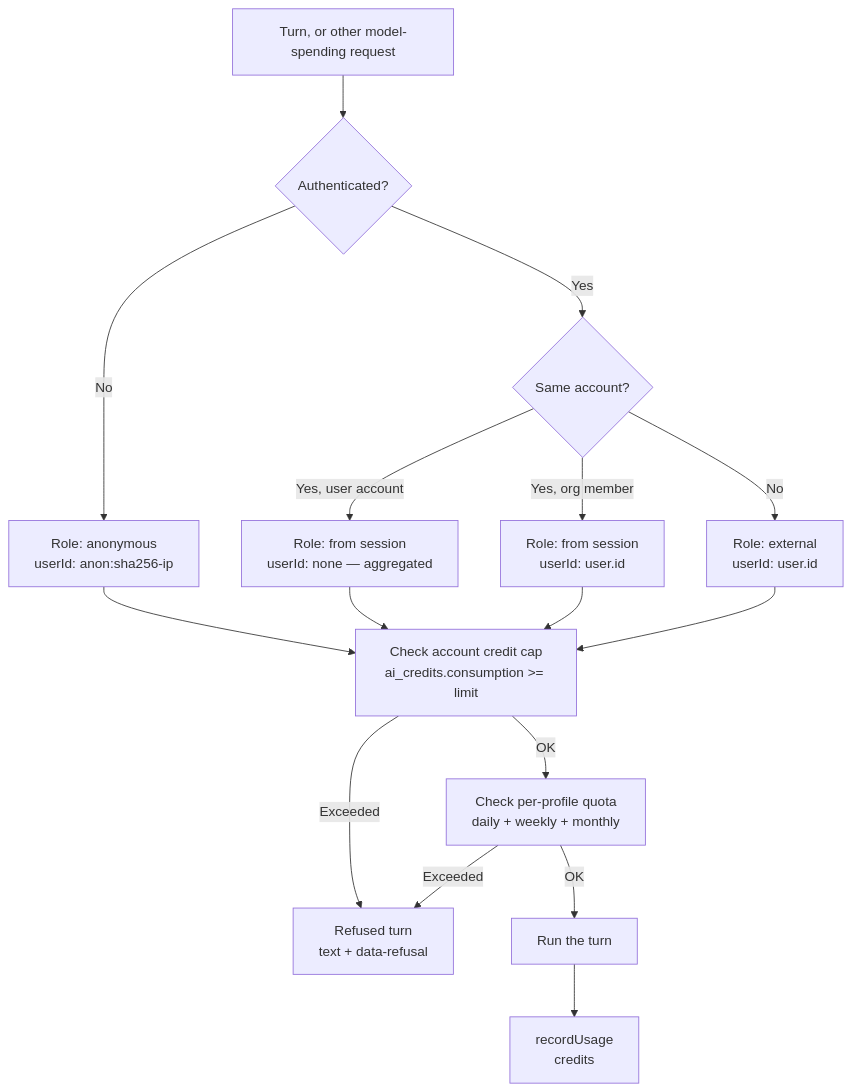
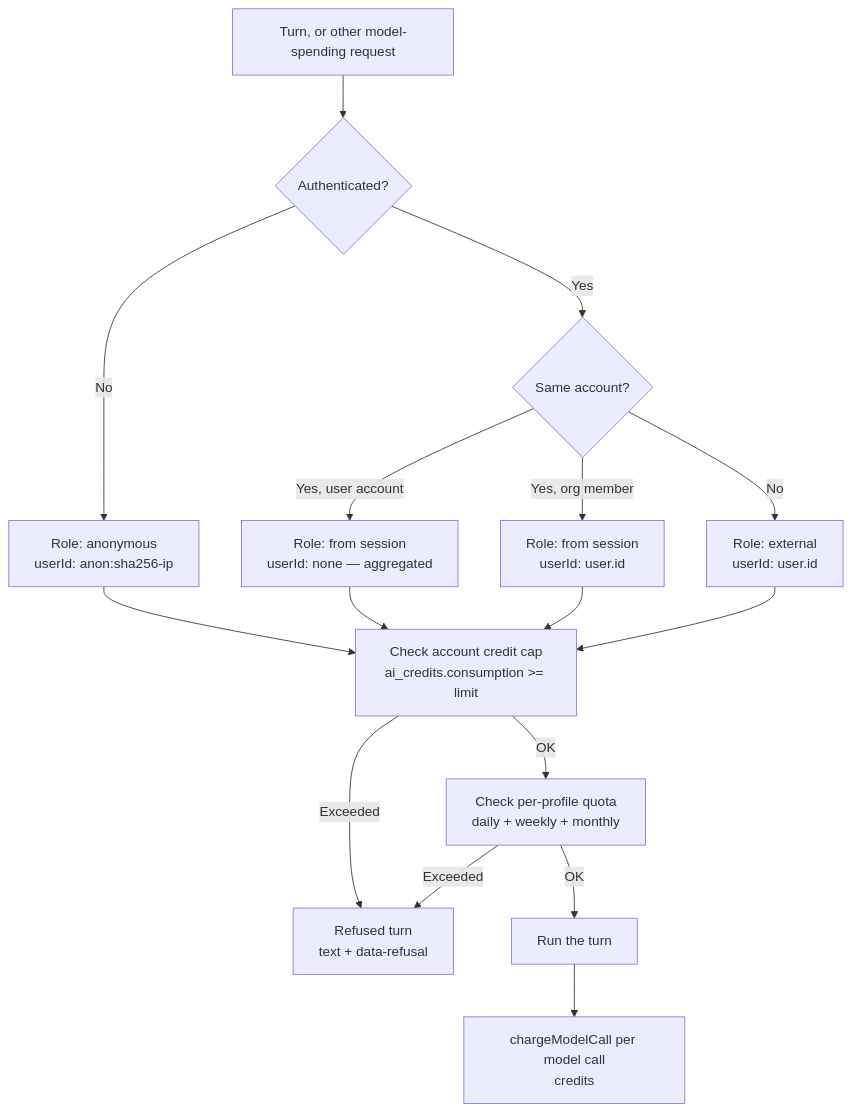
The diagram in docs/architecture/quotas-usage.md (data-fair/agents), drawn with Mermaid before and after one commit. The commit also changed other lines of this file and 6 other files, not shown here.

````diff
--- a/docs/architecture/quotas-usage.md
+++ b/docs/architecture/quotas-usage.md
@@ -5,24 +5,24 @@
 ```mermaid
 flowchart TD
   Req[Turn, or other model-spending request] --> Auth{Authenticated?}
 
   Auth -->|No| Anon[Role: anonymous<br/>userId: anon:sha256-ip]
   Auth -->|Yes| Same{Same account?}
 
   Same -->|Yes, user account| UserOwner[Role: from session<br/>userId: none — aggregated]
   Same -->|Yes, org member| OrgMember[Role: from session<br/>userId: user.id]
   Same -->|No| External[Role: external<br/>userId: user.id]
 
   Anon --> CC[Check account credit cap<br/>ai_credits.consumption >= limit]
   UserOwner --> CC
   OrgMember --> CC
   External --> CC
 
   CC -->|OK| RQ[Check per-profile quota<br/>daily + weekly + monthly]
   CC -->|Exceeded| Refuse[Refused turn<br/>text + data-refusal]
 
   RQ -->|OK| LLM[Run the turn]
   RQ -->|Exceeded| Refuse
 
-  LLM --> Record[recordUsage<br/>credits]
+  LLM --> Record[chargeModelCall per model call<br/>credits]
 ```
````
